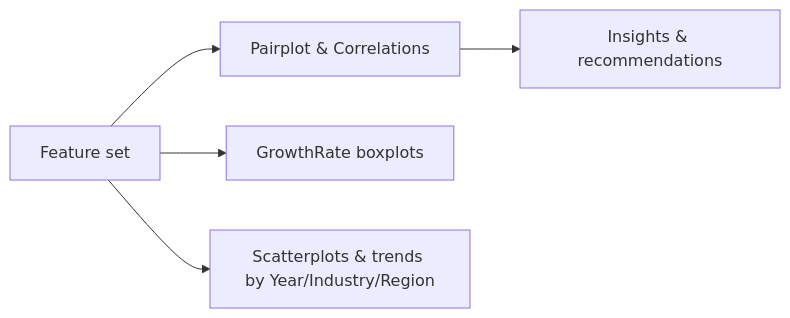
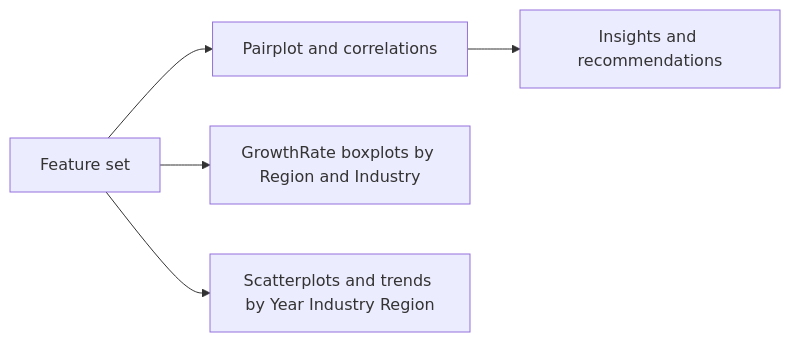
Before and after one commit to Prateekkp/Deep-Data-Hack-2.0: the fifth of 8 diagrams in README.md, drawn with Mermaid. The commit also changed other lines of this file, not shown here.

````diff
--- a/README.md
+++ b/README.md
@@ -100,7 +100,7 @@
 ```mermaid
 flowchart LR
-  A[Feature set] --> B[Pairplot & Correlations]
-  A --> C[GrowthRate boxplots]
-  A --> D[Scatterplots & trends by Year/Industry/Region]
-  B --> E[Insights & recommendations]
+  A[Feature set] --> B[Pairplot and correlations]
+  A --> C[GrowthRate boxplots by Region and Industry]
+  A --> D[Scatterplots and trends by Year Industry Region]
+  B --> E[Insights and recommendations]
 ```
````
